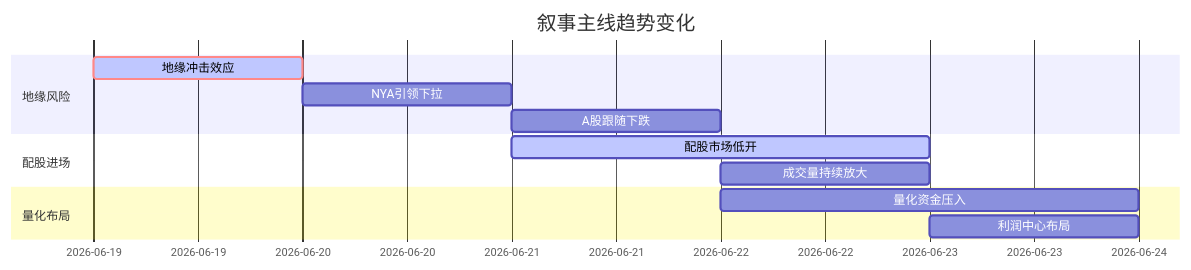
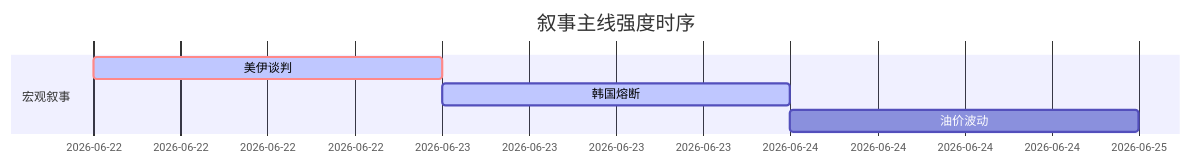
One commit to uu5zn/uu5zn.github.io changed the diagram in 5day_report.md. Above: the diagram before and after it, drawn with Mermaid. The commit also changed other lines of this file and 17 other files, not shown here.

````diff
--- a/5day_report.md
+++ b/5day_report.md
@@ -53,15 +43,9 @@
 ```mermaid
 gantt
-    title 叙事主线趋势变化
+    title 叙事主线强度时序
     dateFormat  YYYY-MM-DD
-    section 地缘风险
-    地缘冲击效应   :crit, active, 2026-06-19, 1d
-    NYA引领下拉    :2026-06-20, 1d
-    A股跟随下跌    :2026-06-21, 1d
-    section 配股进场
-    配股市场低开    :active, 2026-06-21, 2d
-    成交量持续放大 :2026-06-22, 1d
-    section 量化布局
-    量化资金压入   :2026-06-22, 2d
-    利润中心布局    :2026-06-23, 1d
+    section 宏观叙事
+    美伊谈判   :crit, active, 2026-06-22, 1d
+    韩国熔断   :active, 2026-06-23, 1d
+    油价波动   :2026-06-24, 1d
 ```
````
